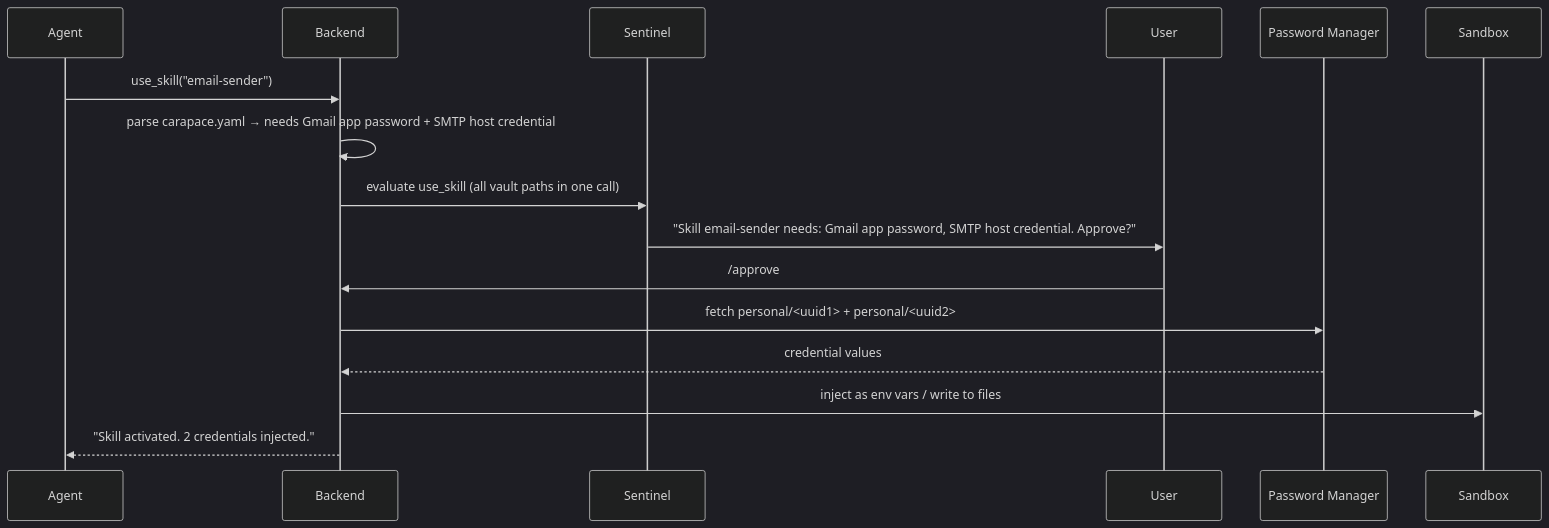
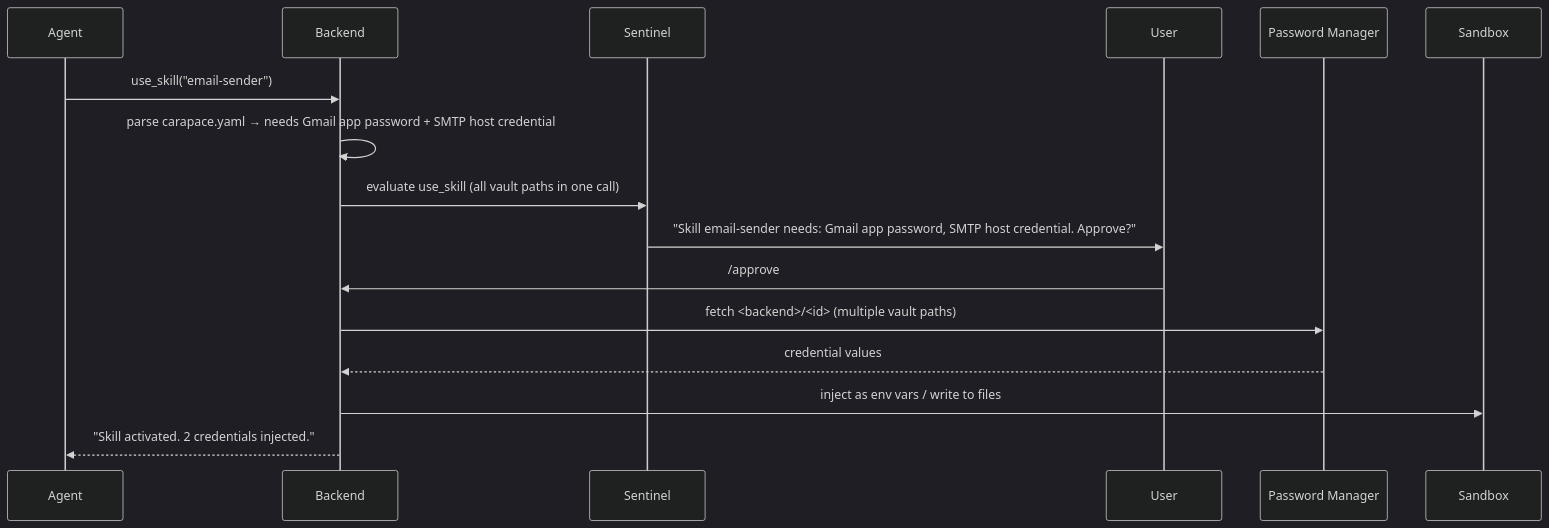
One commit to thiesgerken/carapace changed the first of 2 diagrams in docs/plans/credentials.md. Above: the diagram before and after it, drawn with Mermaid (dark theme). The commit also changed other lines of this file and 2 other files, not shown here.

````diff
--- a/docs/plans/credentials.md
+++ b/docs/plans/credentials.md
@@ -96,20 +96,20 @@
 ```mermaid
 sequenceDiagram
     participant Agent
     participant Backend
     participant Sentinel
     participant User
     participant Vault as Password Manager
     participant Sandbox
 
     Agent->>Backend: use_skill("email-sender")
     Backend->>Backend: parse carapace.yaml → needs Gmail app password + SMTP host credential
     Backend->>Sentinel: evaluate use_skill (all vault paths in one call)
     Sentinel->>User: "Skill email-sender needs: Gmail app password, SMTP host credential. Approve?"
     User->>Backend: /approve
 
-    Backend->>Vault: fetch personal/<uuid1> + personal/<uuid2>
+    Backend->>Vault: fetch <backend>/<id> (multiple vault paths)
     Vault-->>Backend: credential values
     Backend->>Sandbox: inject as env vars / write to files
     Backend-->>Agent: "Skill activated. 2 credentials injected."
 ```
````
